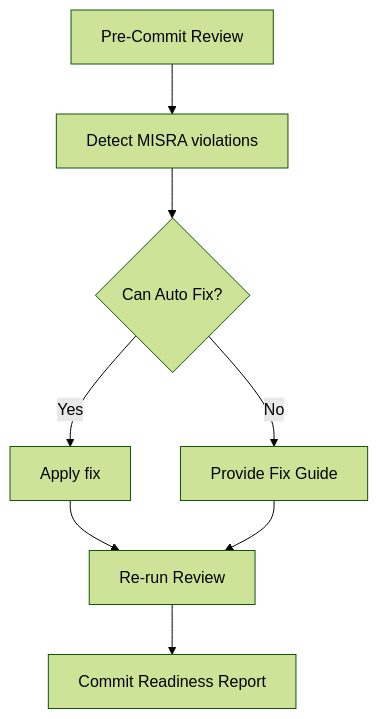
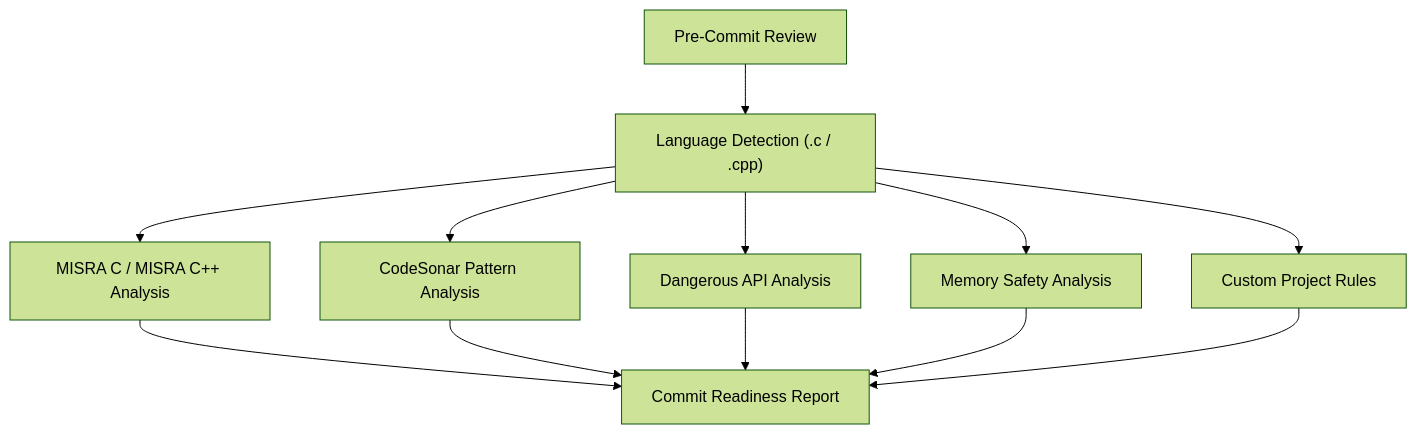
The fourth of 4 diagrams in README.md (Jashitha/copilot-codesonar-assistant), drawn with Mermaid (forest theme) before and after one commit.

Commit message:
Revise workflow diagram in README.md
Updated workflow diagram to reflect new analysis steps and categories.

````diff
--- a/README.md
+++ b/README.md
@@ -310,10 +310,14 @@
 ```mermaid
 flowchart TD
-    A[Pre-Commit Review] --> B[Detect MISRA violations]
-    B --> C{Can Auto Fix?}
-    C -->|Yes| D[Apply fix]
-    C -->|No| E[Provide Fix Guide]
-    D --> F[Re-run Review]
-    E --> F
-    F --> G[Commit Readiness Report]
+    A["Pre-Commit Review"] --> B["Language Detection (.c / .cpp)"]
+    B --> C["MISRA C / MISRA C++ Analysis"]
+    B --> D["CodeSonar Pattern Analysis"]
+    B --> E["Dangerous API Analysis"]
+    B --> F["Memory Safety Analysis"]
+    B --> G["Custom Project Rules"]
+    C --> H["Commit Readiness Report"]
+    D --> H
+    E --> H
+    F --> H
+    G --> H
 ```
````
